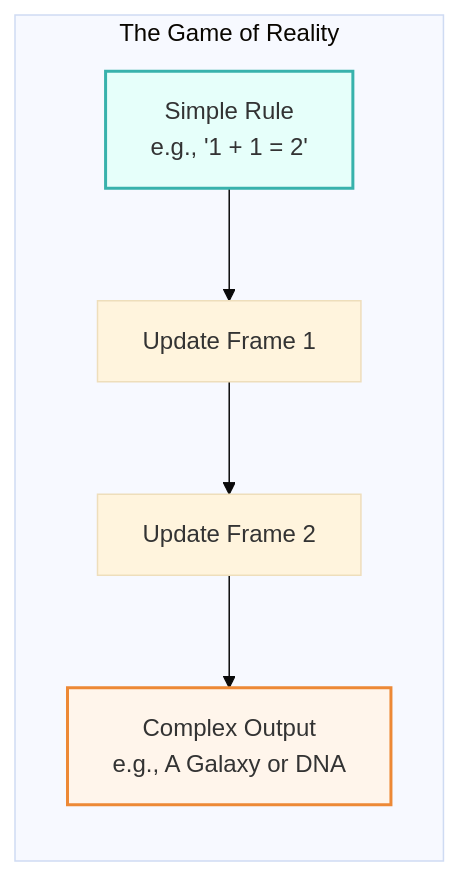
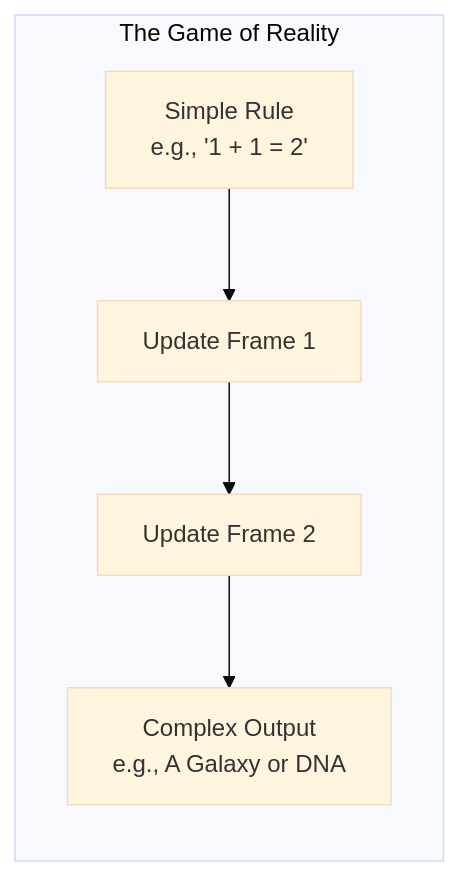
The first of 2 diagrams in line39_computable_universe.md (vdonthireddy/ai-knowledge-base), drawn with Mermaid (base theme) before and after one commit. The commit also changed 30 other files, not shown here.

Commit message:
chore: Rename files and fix mermaid diagram styles for dark mode compatibility

````diff
--- a/line39_computable_universe.md
+++ b/line39_computable_universe.md
@@ -41,12 +41,10 @@
 ```mermaid
 graph TD
     subgraph The Game of Reality
         direction TB
         A[Simple Rule<br/>e.g., '1 + 1 = 2'] --> B[Update Frame 1]
         B --> C[Update Frame 2]
         C --> D[Complex Output<br/>e.g., A Galaxy or DNA]
     end
 
-    style A fill:#e6fffa,stroke:#38b2ac,stroke-width:2px
-    style D fill:#fff5eb,stroke:#ed8936,stroke-width:2px
 ```
````
